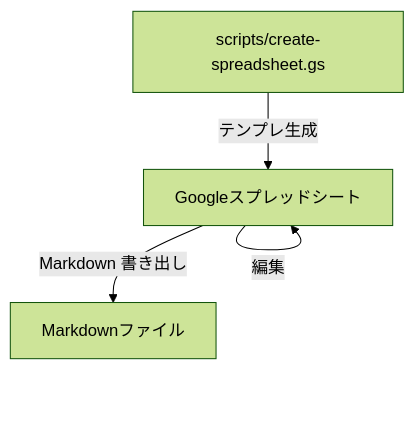
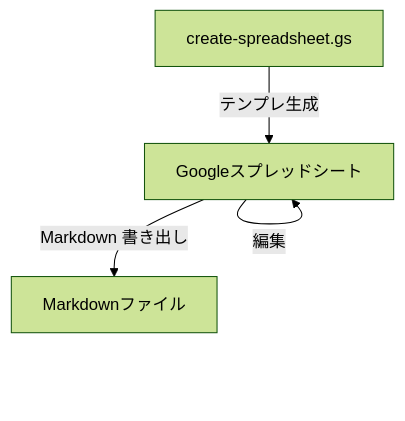
Before and after one commit to okhiroyuki/requirements-spec-template: the diagram in README.md, drawn with Mermaid (forest theme). The commit also changed other lines of this file and 5 other files, not shown here.

````diff
--- a/README.md
+++ b/README.md
@@ -11,9 +11,9 @@
 ```mermaid
 flowchart TB
-  script["scripts/create-spreadsheet.gs"]
+  script["create-spreadsheet.gs"]
   book["Googleスプレッドシート"]
   md["Markdownファイル"]
   script -->|"テンプレ生成"| book
   book -->|"編集"| book
   book -->|"Markdown 書き出し"| md
 ```
````
